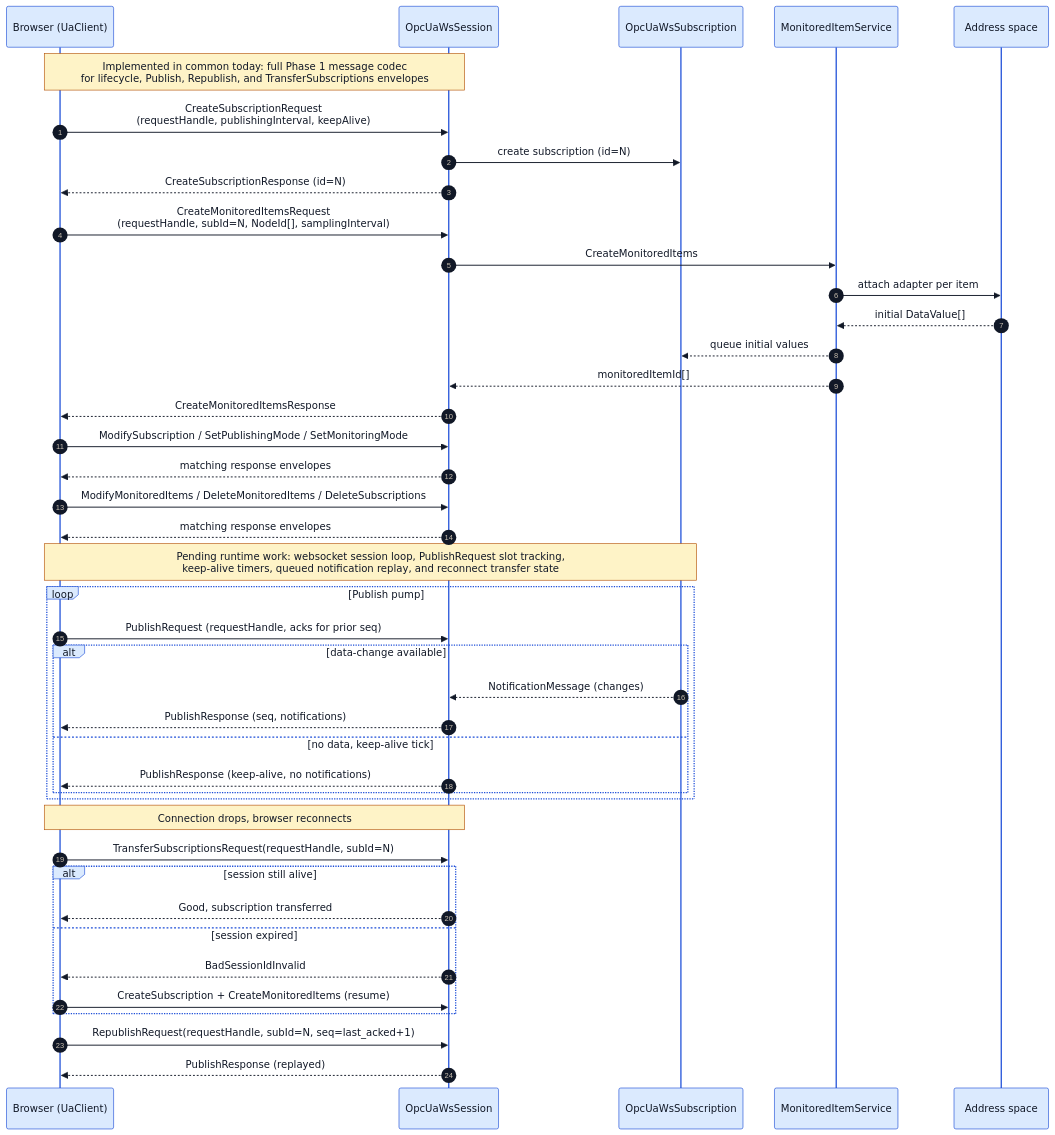
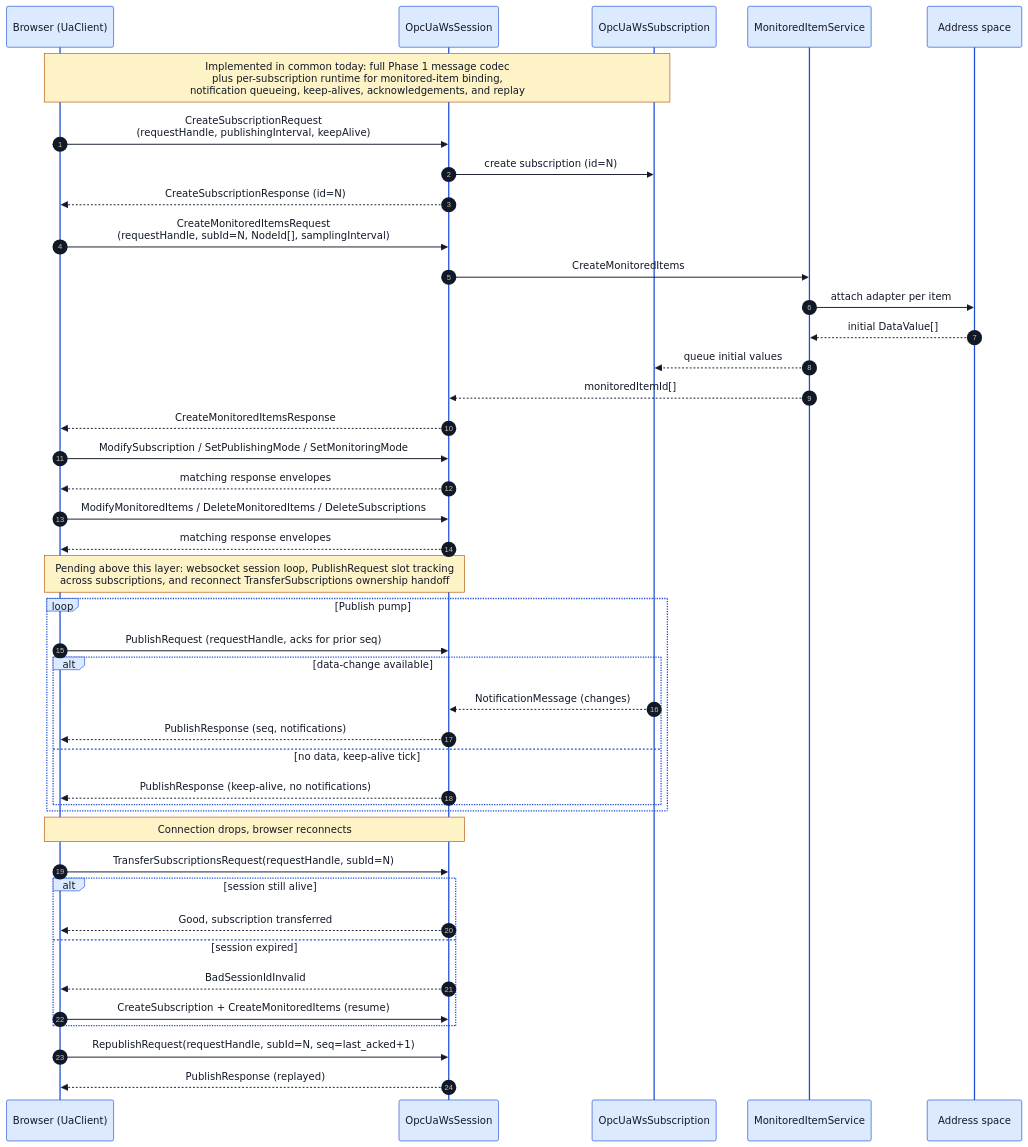
One commit to alexsmn/scada-common changed the diagram in docs/opcua_ws_subscription_sequence.mmd. Above: the diagram before and after it, drawn with Mermaid. The commit also changed 5 other files, not shown here.

Commit message:
Add opcua_ws subscription runtime

```diff
--- a/docs/opcua_ws_subscription_sequence.mmd
+++ b/docs/opcua_ws_subscription_sequence.mmd
@@ -1,67 +1,67 @@
 %%{init: {
   'theme': 'base',
   'themeVariables': {
     'background': '#ffffff',
     'primaryColor': '#f3f4f6',
     'primaryBorderColor': '#374151',
     'primaryTextColor': '#111827',
     'lineColor': '#374151',
     'actorBkg': '#dbeafe',
     'actorBorder': '#1d4ed8',
     'actorTextColor': '#111827',
     'noteBkgColor': '#fef3c7',
     'noteBorderColor': '#b45309',
     'noteTextColor': '#111827'
   }
 }}%%
 sequenceDiagram
     autonumber
     participant B as Browser (UaClient)
     participant S as OpcUaWsSession
     participant SUB as OpcUaWsSubscription
     participant MI as MonitoredItemService
     participant AS as Address space
 
-    Note over B,S: Implemented in common today: full Phase 1 message codec<br/>for lifecycle, Publish, Republish, and TransferSubscriptions envelopes
+    Note over B,SUB: Implemented in common today: full Phase 1 message codec<br/>plus per-subscription runtime for monitored-item binding,<br/>notification queueing, keep-alives, acknowledgements, and replay
 
     B->>S: CreateSubscriptionRequest<br/>(requestHandle, publishingInterval, keepAlive)
     S->>SUB: create subscription (id=N)
     S-->>B: CreateSubscriptionResponse (id=N)
 
     B->>S: CreateMonitoredItemsRequest<br/>(requestHandle, subId=N, NodeId[], samplingInterval)
     S->>MI: CreateMonitoredItems
     MI->>AS: attach adapter per item
     AS-->>MI: initial DataValue[]
     MI-->>SUB: queue initial values
     MI-->>S: monitoredItemId[]
     S-->>B: CreateMonitoredItemsResponse
 
     B->>S: ModifySubscription / SetPublishingMode / SetMonitoringMode
     S-->>B: matching response envelopes
     B->>S: ModifyMonitoredItems / DeleteMonitoredItems / DeleteSubscriptions
     S-->>B: matching response envelopes
 
-    Note over B,SUB: Pending runtime work: websocket session loop, PublishRequest slot tracking,<br/>keep-alive timers, queued notification replay, and reconnect transfer state
+    Note over B,S: Pending above this layer: websocket session loop, PublishRequest slot tracking<br/>across subscriptions, and reconnect TransferSubscriptions ownership handoff
 
     loop Publish pump
         B->>S: PublishRequest (requestHandle, acks for prior seq)
         alt data-change available
             SUB-->>S: NotificationMessage (changes)
             S-->>B: PublishResponse (seq, notifications)
         else no data, keep-alive tick
             S-->>B: PublishResponse (keep-alive, no notifications)
         end
     end
 
     Note over B,S: Connection drops, browser reconnects
 
     B->>S: TransferSubscriptionsRequest(requestHandle, subId=N)
     alt session still alive
         S-->>B: Good, subscription transferred
     else session expired
         S-->>B: BadSessionIdInvalid
         B->>S: CreateSubscription + CreateMonitoredItems (resume)
     end
 
     B->>S: RepublishRequest(requestHandle, subId=N, seq=last_acked+1)
     S-->>B: PublishResponse (replayed)
```
